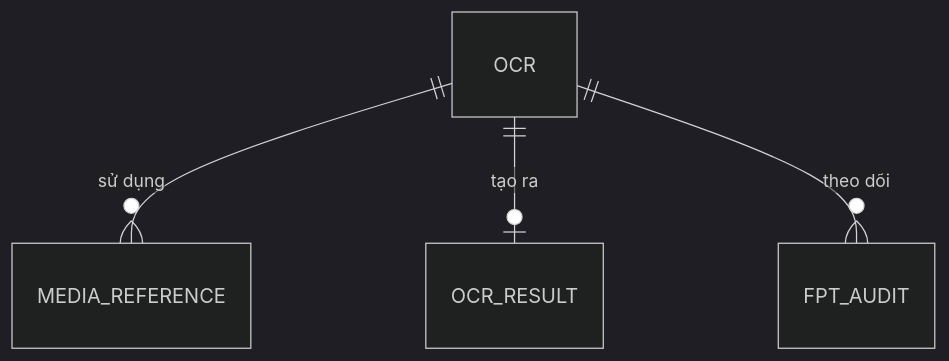
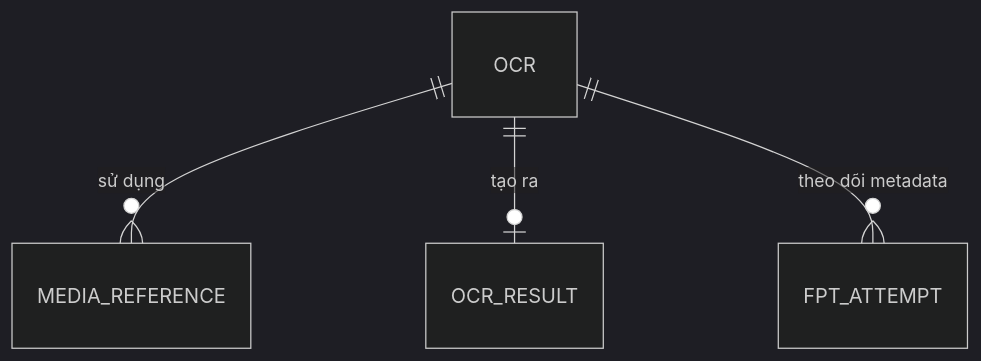
The fifth of 12 diagrams in tdd-ocr-ekyc.md (huynv-xyz/vhm), drawn with Mermaid (dark theme) before and after one commit. The commit also changed other lines of this file, not shown here.

````diff
--- a/tdd-ocr-ekyc.md
+++ b/tdd-ocr-ekyc.md
@@ -746,6 +745,6 @@
 ```mermaid
 erDiagram
     OCR ||--o{ MEDIA_REFERENCE : "sử dụng"
     OCR ||--o| OCR_RESULT : "tạo ra"
-    OCR ||--o{ FPT_AUDIT : "theo dõi"
+    OCR ||--o{ FPT_ATTEMPT : "theo dõi metadata"
 ```
````
